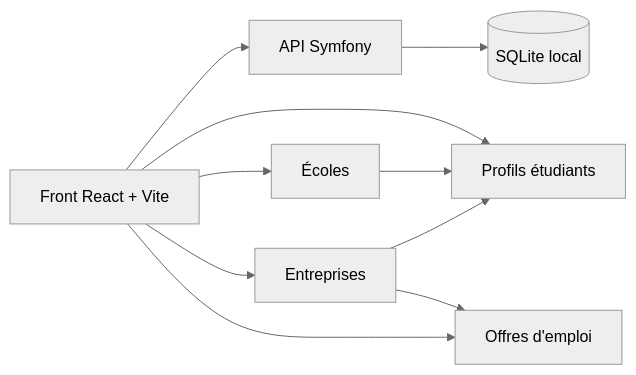
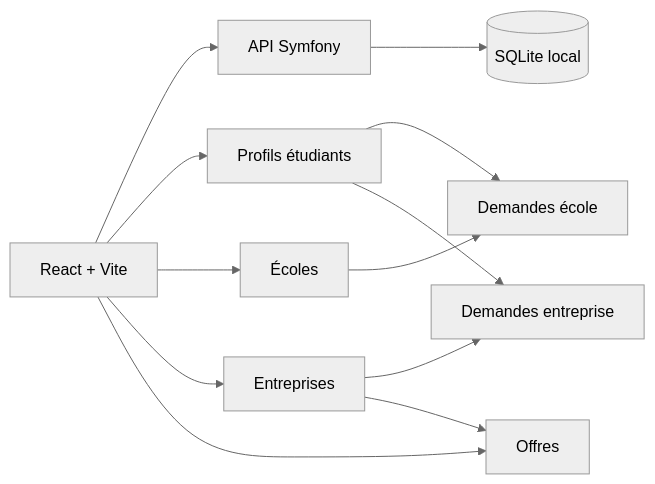
The diagram in README.md (Romain397/CV-Theque), drawn with Mermaid (neutral theme) before and after one commit. The commit also changed other lines of this file and 584 other files, not shown here.

````diff
--- a/README.md
+++ b/README.md
@@ -5,12 +5,16 @@
 ```mermaid
 flowchart LR
-  A[Front React + Vite] --> B[API Symfony]
-  B --> C[(SQLite local)]
-  A --> D[Profils étudiants]
-  A --> E[Écoles]
-  A --> F[Entreprises]
-  A --> G[Offres d'emploi]
-  E --> D
-  F --> D
-  F --> G
+  Front[React + Vite] --> API[API Symfony]
+  API --> DB[(SQLite local)]
+
+  Front --> Students[Profils étudiants]
+  Front --> Schools[Écoles]
+  Front --> Companies[Entreprises]
+  Front --> Jobs[Offres]
+
+  Students --> SchoolRequests[Demandes école]
+  Students --> CompanyRequests[Demandes entreprise]
+  Schools --> SchoolRequests
+  Companies --> CompanyRequests
+  Companies --> Jobs
 ```
````
